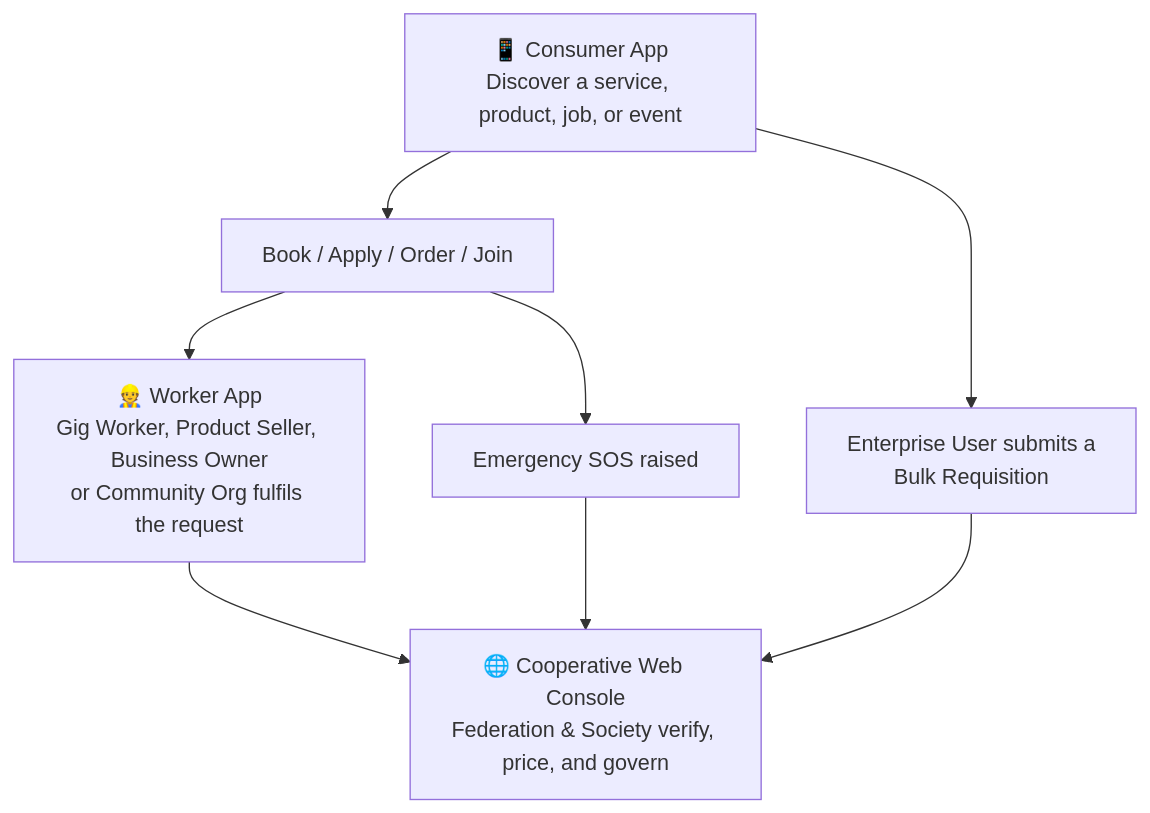
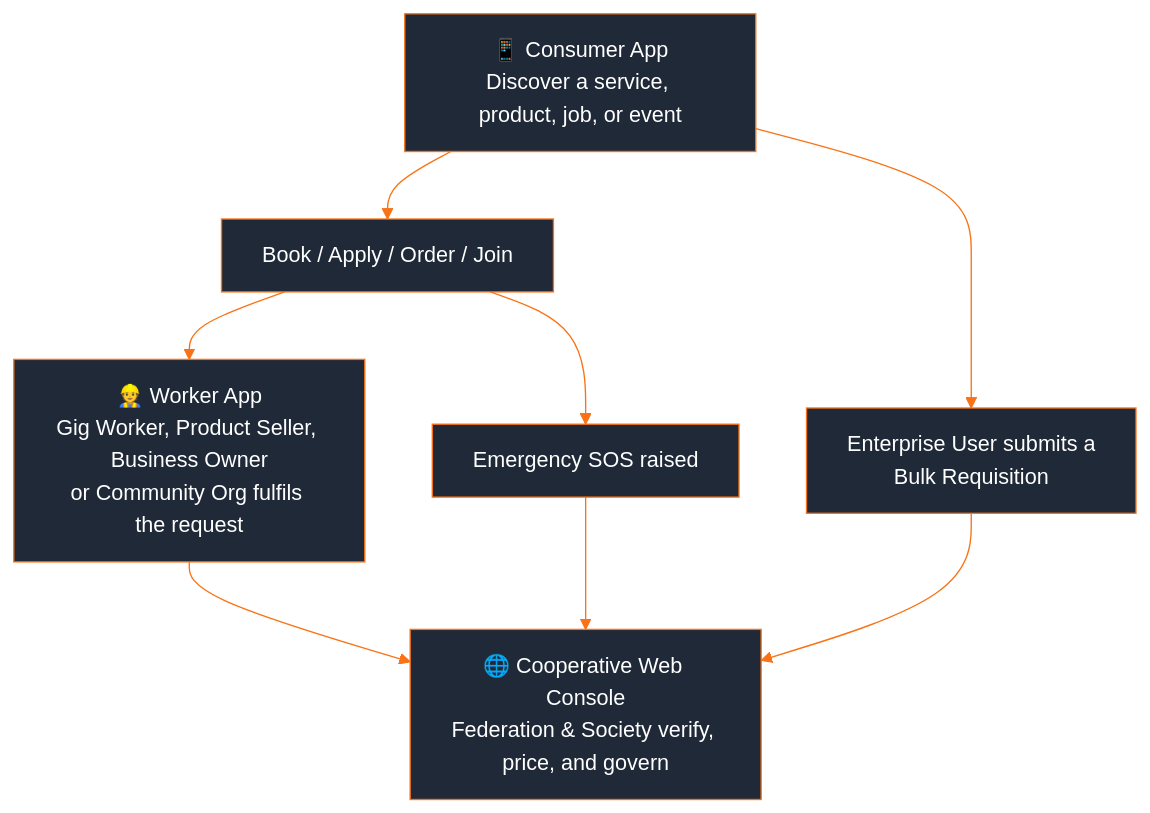
The fifth of 5 diagrams in README.md (ansh-kukreja/SkillsKart), drawn with Mermaid before and after one commit. The commit also changed other lines of this file, not shown here.

````diff
--- a/README.md
+++ b/README.md
@@ -288,10 +286,11 @@
 ```mermaid
+%%{init: {'theme':'base', 'themeVariables': {'primaryColor':'#1F2937','primaryTextColor':'#FFFFFF','primaryBorderColor':'#F97316','lineColor':'#F97316','secondaryColor':'#374151','tertiaryColor':'#111827','edgeLabelBackground':'#111827'}}}%%
 flowchart TB
     A["📱 Consumer App\nDiscover a service, product, job, or event"] --> B["Book / Apply / Order / Join"]
     B --> C["👷 Worker App\nGig Worker, Product Seller, Business Owner\nor Community Org fulfils the request"]
     C --> D["🌐 Cooperative Web Console\nFederation & Society verify, price, and govern"]
     A --> E["Enterprise User submits a\nBulk Requisition"]
     E --> D
     B --> F["Emergency SOS raised"]
     F --> D
 ```
````
